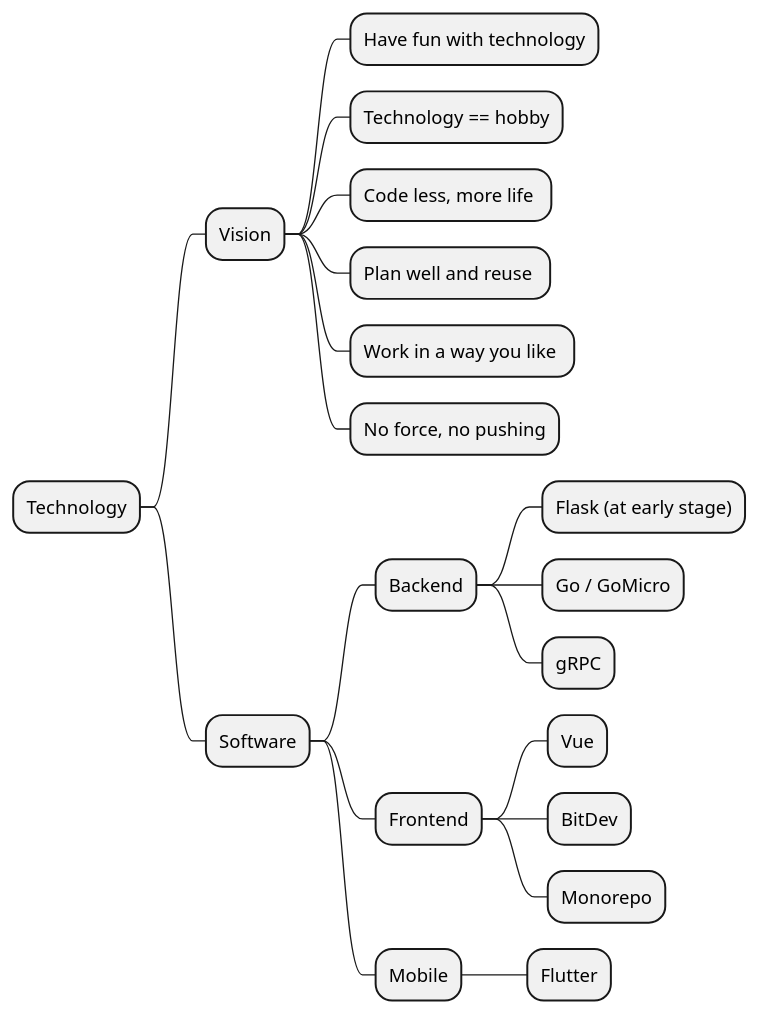
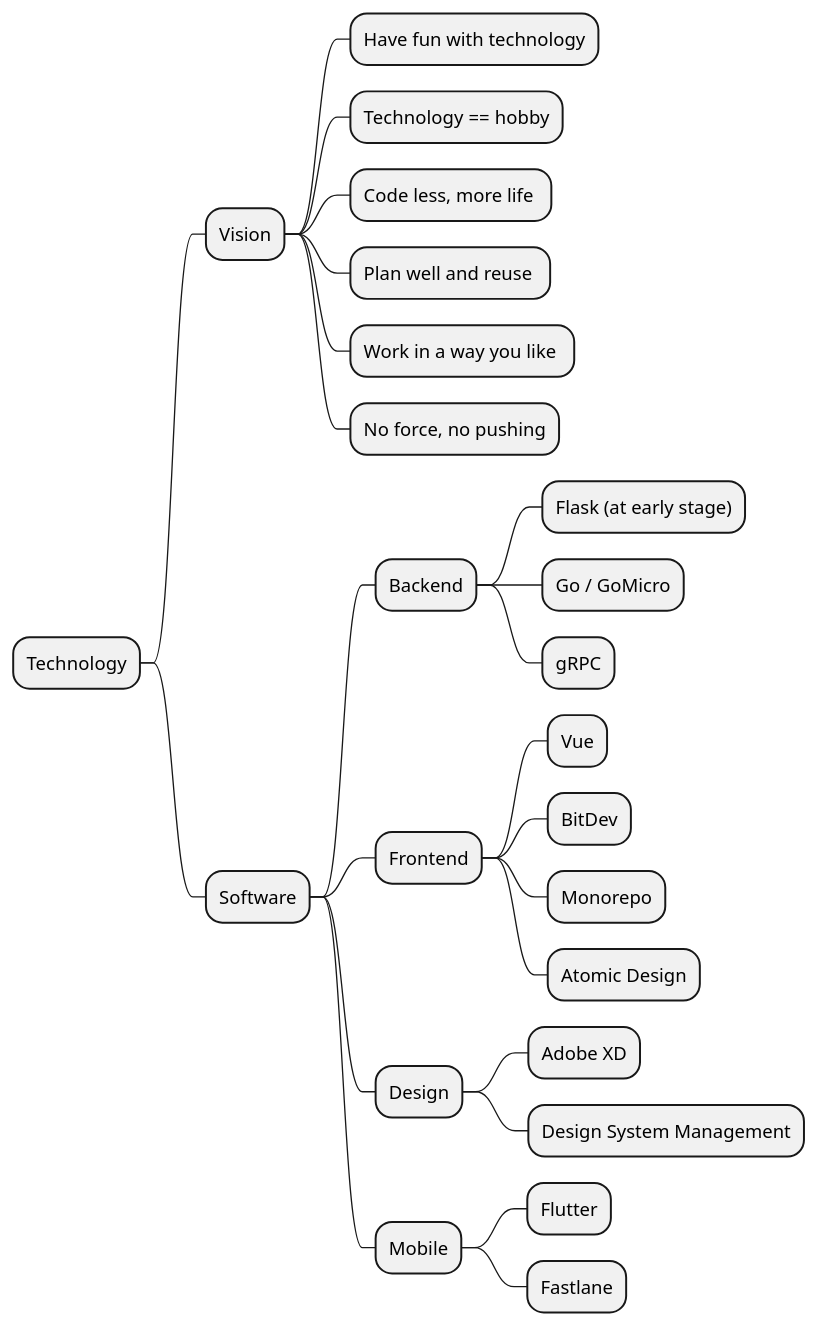
Before and after one commit to kodesmil/kodesmil-plant: the diagram in uml/ks-mind-technology.pu, drawn with PlantUML. The commit also changed 1 other file, not shown here.

```diff
--- a/uml/ks-mind-technology.pu
+++ b/uml/ks-mind-technology.pu
@@ -1,23 +1,28 @@
 @startmindmap Technology
 
 * Technology
 ** Vision
 *** Have fun with technology
 *** Technology == hobby
 *** Code less, more life 
 *** Plan well and reuse 
 *** Work in a way you like 
 *** No force, no pushing
 ** Software
 *** Backend
 **** Flask (at early stage)
 **** Go / GoMicro
 **** gRPC
 *** Frontend
 **** Vue
 **** BitDev
 **** Monorepo
+**** Atomic Design
+*** Design
+**** Adobe XD
+**** Design System Management
 *** Mobile
 **** Flutter
+**** Fastlane
  
 @endmindmap
```
